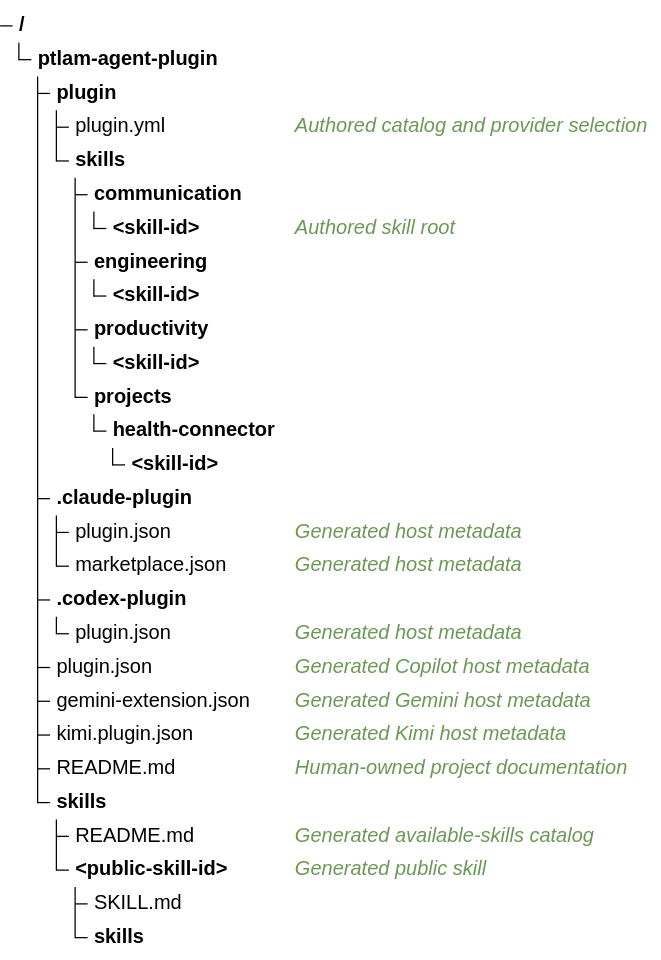
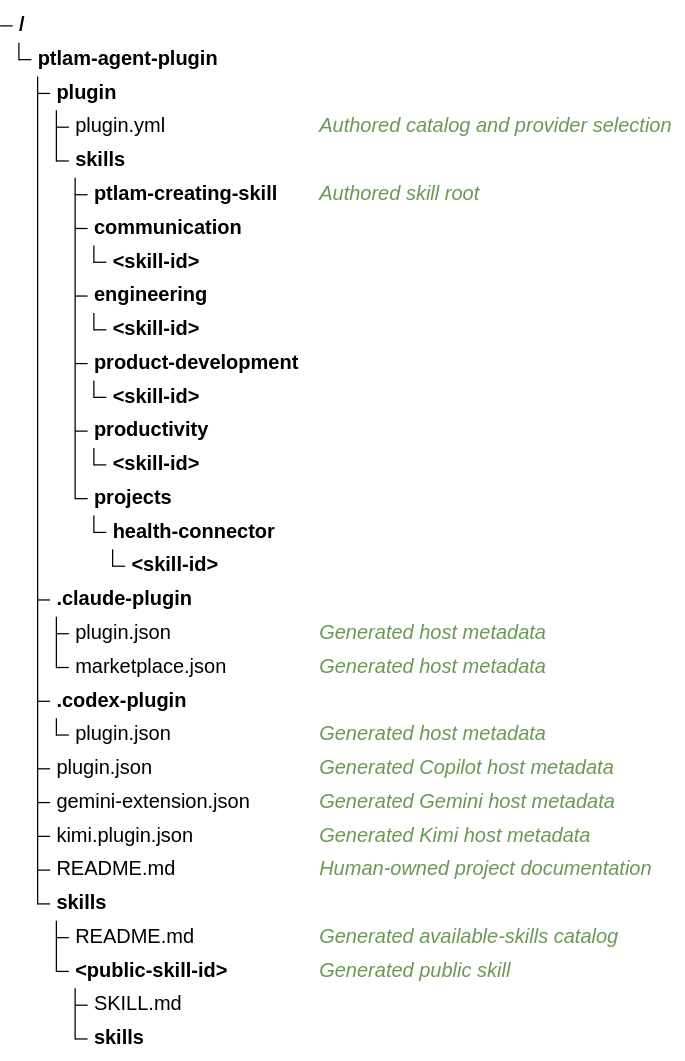
One commit to fam-tung-lam/ptlam-agent-plugin changed the diagram in docs/DEVELOPMENT.md. Above: the diagram before and after it, drawn with Mermaid. The commit also changed 18 other files, not shown here.

First line of the commit message:
refactor(skills): group product development sources

````diff
--- a/docs/DEVELOPMENT.md
+++ b/docs/DEVELOPMENT.md
@@ -42,30 +42,33 @@
 ```mermaid
 treeView-beta
     ptlam-agent-plugin/
         plugin/
             plugin.yml ## Authored catalog and provider selection
             skills/
+                ptlam-creating-skill/ ## Authored skill root
                 communication/
-                    <skill-id>/ ## Authored skill root
+                    <skill-id>/
                 engineering/
+                    <skill-id>/
+                product-development/
                     <skill-id>/
                 productivity/
                     <skill-id>/
                 projects/
                     health-connector/
                         <skill-id>/
         .claude-plugin/
             plugin.json ## Generated host metadata
             marketplace.json ## Generated host metadata
         .codex-plugin/
             plugin.json ## Generated host metadata
         plugin.json ## Generated Copilot host metadata
         gemini-extension.json ## Generated Gemini host metadata
         kimi.plugin.json ## Generated Kimi host metadata
         README.md ## Human-owned project documentation
         skills/
             README.md ## Generated available-skills catalog
             <public-skill-id>/ ## Generated public skill
                 SKILL.md
                 skills/
 ```
````
